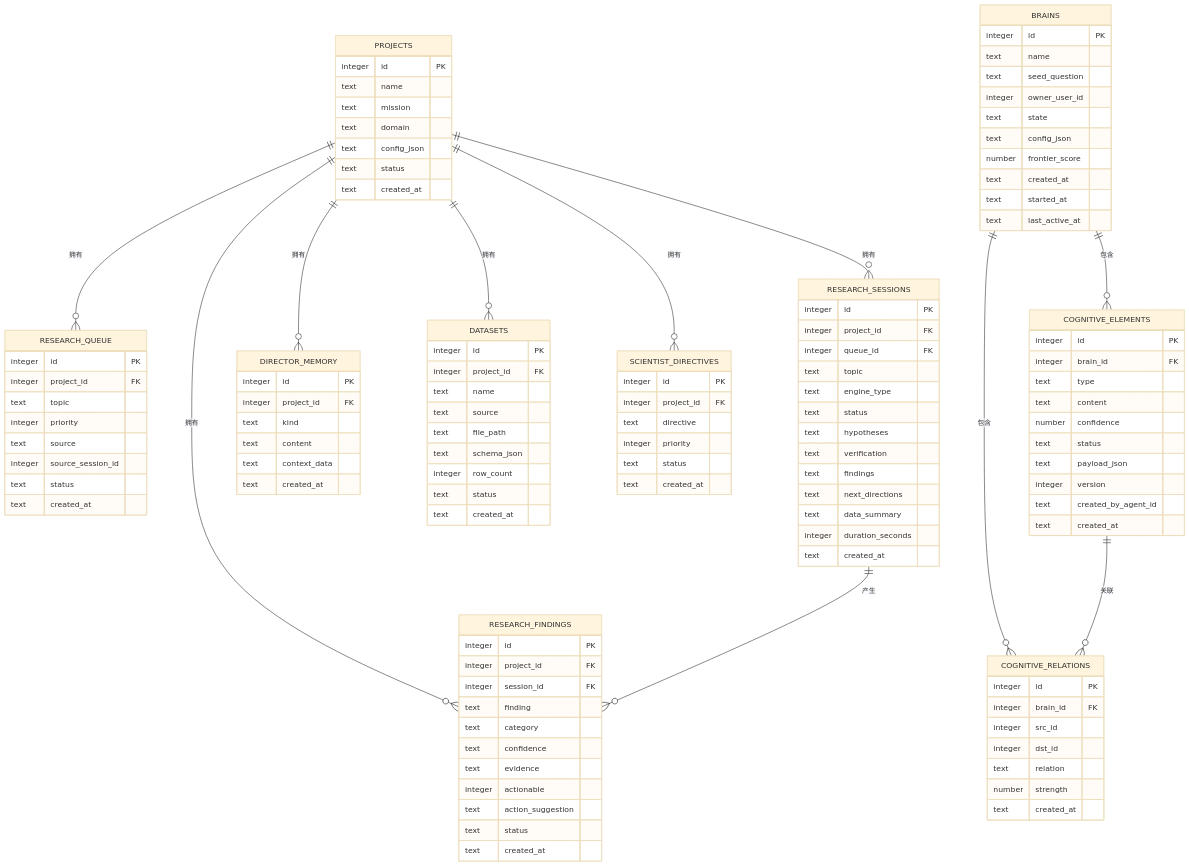
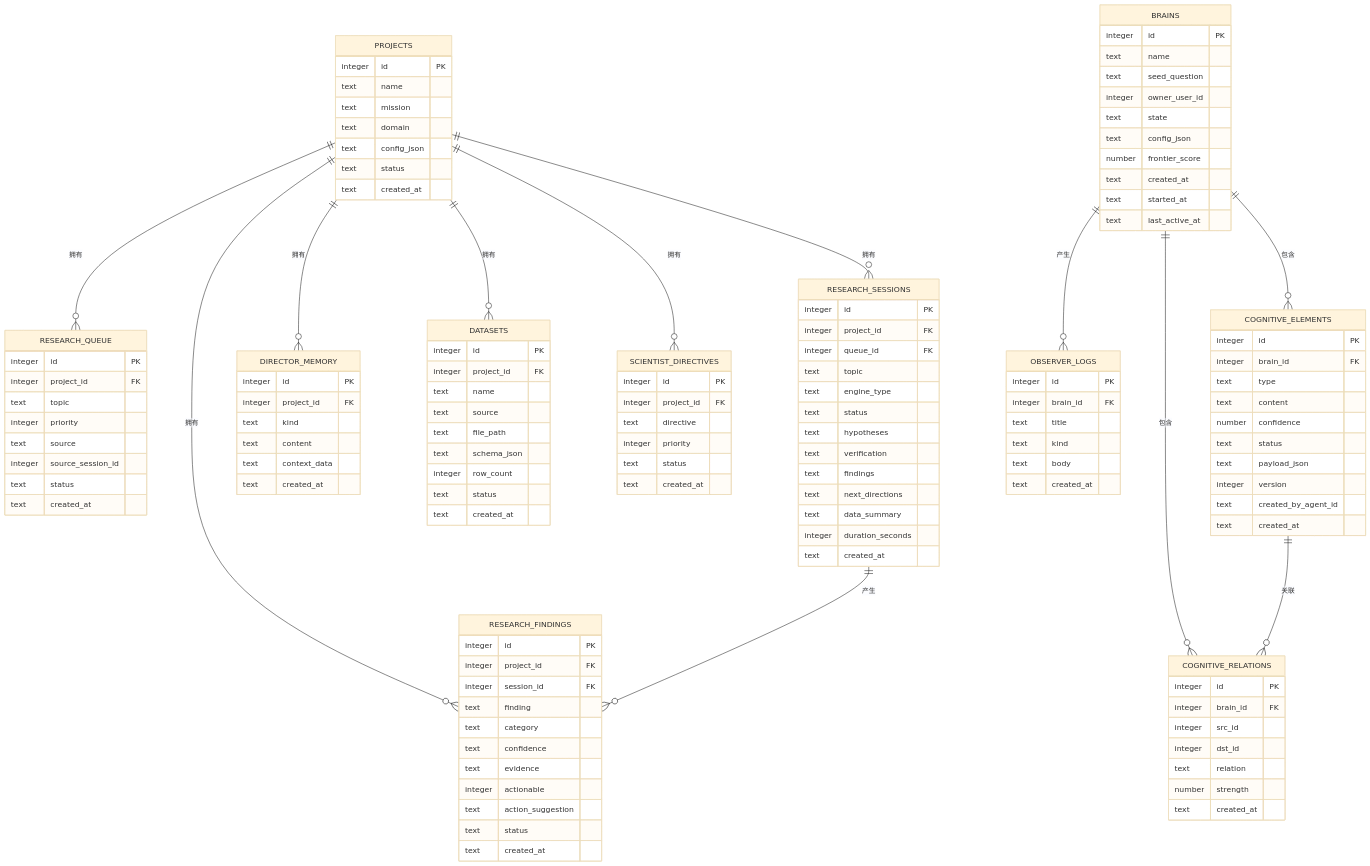
Before and after one commit to GDY-ai/ainstein: the sixth of 7 diagrams in .qoder/repowiki/zh/content/前端应用/API集成.md, drawn with Mermaid (base theme). The commit also changed other lines of this file and 19 other files, not shown here.

````diff
--- a/.qoder/repowiki/zh/content/前端应用/API集成.md
+++ b/.qoder/repowiki/zh/content/前端应用/API集成.md
@@ -424,6 +547,14 @@
 number strength
 text created_at
 }
+OBSERVER_LOGS {
+integer id PK
+integer brain_id FK
+text title
+text kind
+text body
+text created_at
+}
 PROJECTS ||--o{ RESEARCH_QUEUE : "拥有"
 PROJECTS ||--o{ RESEARCH_SESSIONS : "拥有"
 PROJECTS ||--o{ RESEARCH_FINDINGS : "拥有"
@@ -433,5 +564,6 @@
 RESEARCH_SESSIONS ||--o{ RESEARCH_FINDINGS : "产生"
 BRAINS ||--o{ COGNITIVE_ELEMENTS : "包含"
 BRAINS ||--o{ COGNITIVE_RELATIONS : "包含"
+BRAINS ||--o{ OBSERVER_LOGS : "产生"
 COGNITIVE_ELEMENTS ||--o{ COGNITIVE_RELATIONS : "关联"
 ```
````
